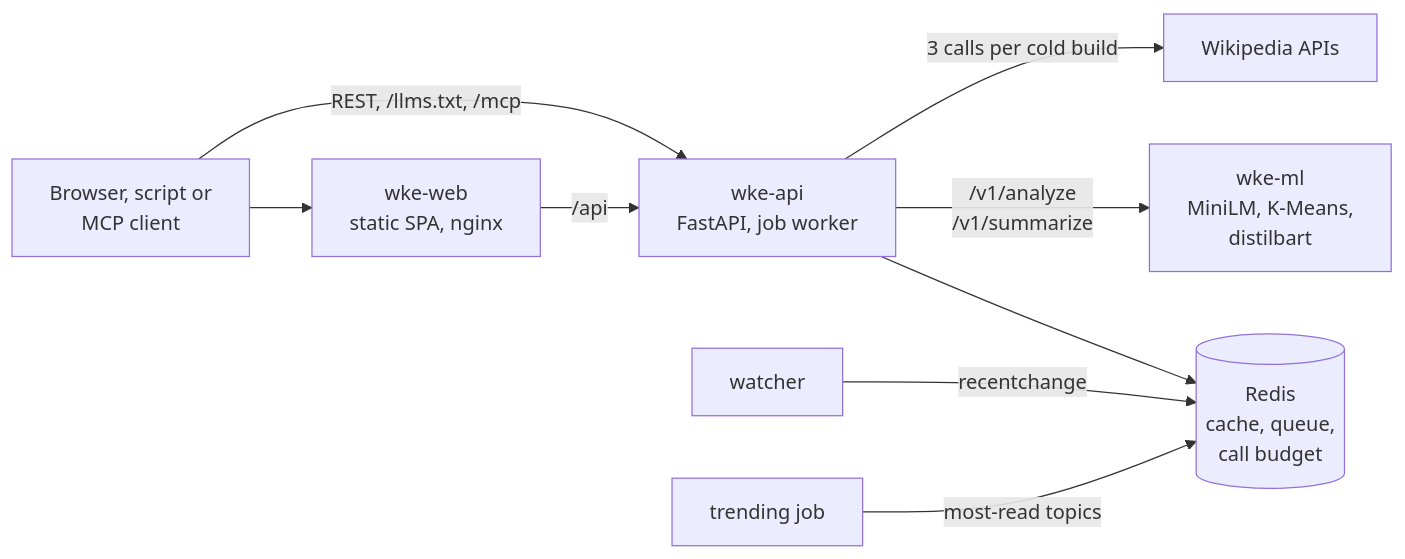
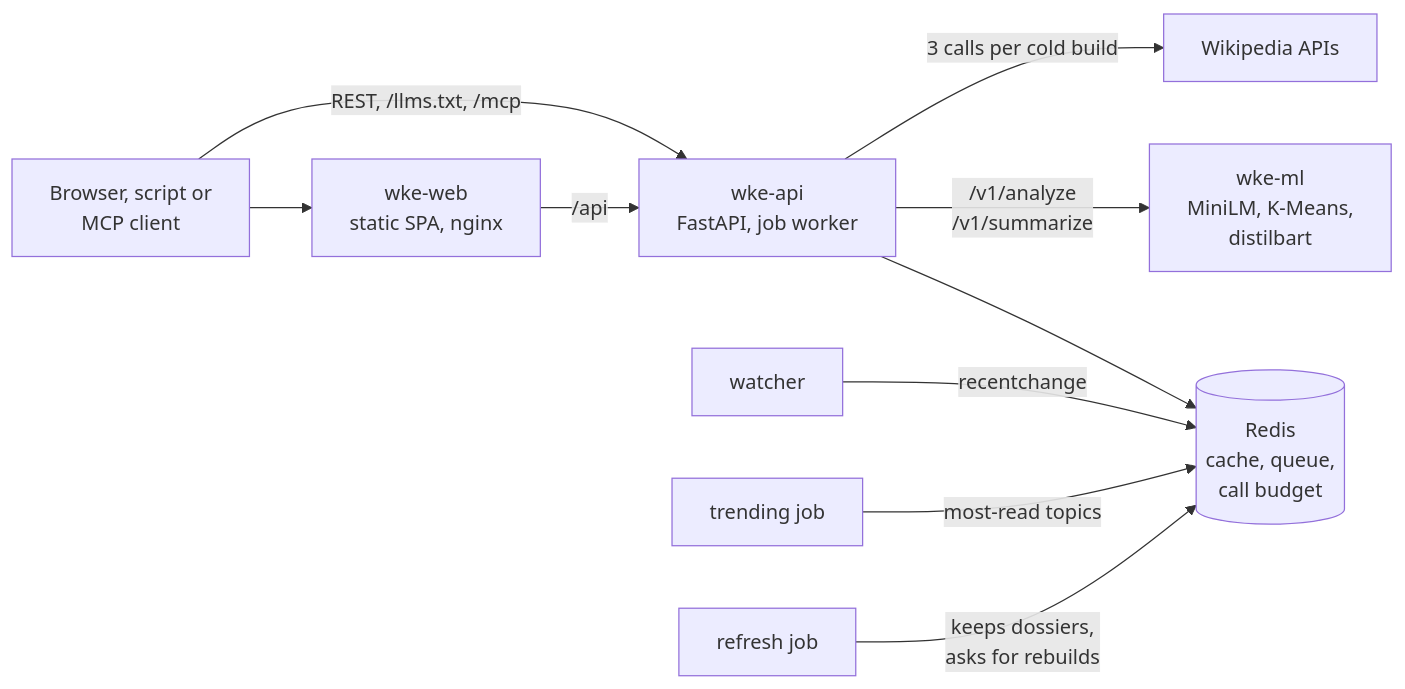
The diagram in README.md (straightchlorine/wke), drawn with Mermaid before and after one commit. The commit also changed other lines of this file and 1 other file, not shown here.

Commit message:
doc(readme): author link, TABLE_REPACK and the refresh job

````diff
--- a/README.md
+++ b/README.md
@@ -24,11 +24,12 @@
 ```mermaid
 graph LR
     Client[Browser, script or<br/>MCP client] --> Web[wke-web<br/>static SPA, nginx]
     Client -->|REST, /llms.txt, /mcp| API
     Web -->|/api| API[wke-api<br/>FastAPI, job worker]
     API --> Redis[(Redis<br/>cache, queue,<br/>call budget)]
     API -->|/v1/analyze<br/>/v1/summarize| ML[wke-ml<br/>MiniLM, K-Means,<br/>distilbart]
     API -->|3 calls per cold build| WM[Wikipedia APIs]
     Watcher[watcher] -->|recentchange| Redis
     Trending[trending job] -->|most-read topics| Redis
+    Refresh[refresh job] -->|keeps dossiers,<br/>asks for rebuilds| Redis
 ```
````
